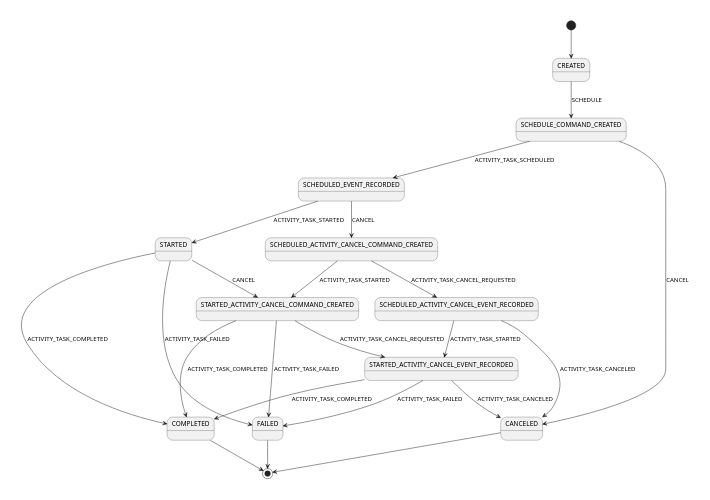
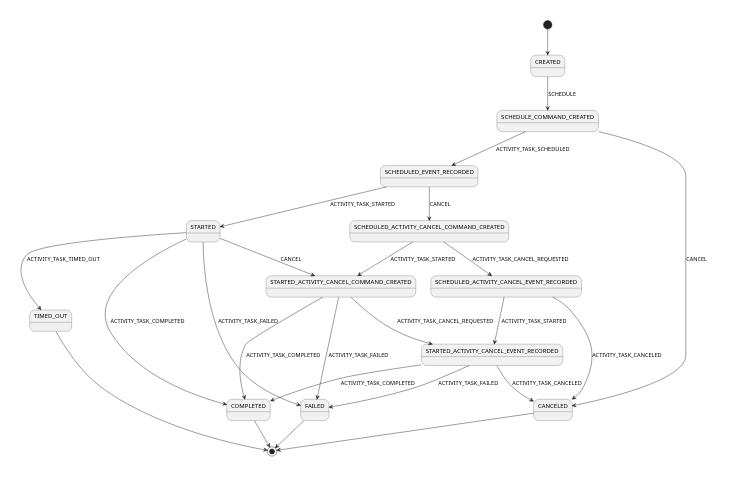
The diagram in src/main/java/io/temporal/internal/csm/ActivityCommands.puml (mfateev/temporal-java-sdk), drawn with PlantUML before and after one commit. The commit also changed 4 other files, not shown here.

```diff
--- a/src/main/java/io/temporal/internal/csm/ActivityCommands.puml
+++ b/src/main/java/io/temporal/internal/csm/ActivityCommands.puml
@@ -21,25 +21,27 @@
 @startuml
 scale 350 width
 [*] --> CREATED
 CREATED --> SCHEDULE_COMMAND_CREATED: SCHEDULE
 SCHEDULE_COMMAND_CREATED --> SCHEDULED_EVENT_RECORDED: ACTIVITY_TASK_SCHEDULED
 SCHEDULE_COMMAND_CREATED --> CANCELED: CANCEL
 SCHEDULED_EVENT_RECORDED --> STARTED: ACTIVITY_TASK_STARTED
 STARTED --> COMPLETED: ACTIVITY_TASK_COMPLETED
 STARTED --> FAILED: ACTIVITY_TASK_FAILED
+STARTED --> TIMED_OUT: ACTIVITY_TASK_TIMED_OUT
 SCHEDULED_EVENT_RECORDED --> SCHEDULED_ACTIVITY_CANCEL_COMMAND_CREATED: CANCEL
 SCHEDULED_ACTIVITY_CANCEL_COMMAND_CREATED --> SCHEDULED_ACTIVITY_CANCEL_EVENT_RECORDED: ACTIVITY_TASK_CANCEL_REQUESTED
 SCHEDULED_ACTIVITY_CANCEL_COMMAND_CREATED --> STARTED_ACTIVITY_CANCEL_COMMAND_CREATED: ACTIVITY_TASK_STARTED
 SCHEDULED_ACTIVITY_CANCEL_EVENT_RECORDED --> CANCELED: ACTIVITY_TASK_CANCELED
 SCHEDULED_ACTIVITY_CANCEL_EVENT_RECORDED --> STARTED_ACTIVITY_CANCEL_EVENT_RECORDED: ACTIVITY_TASK_STARTED
 STARTED_ACTIVITY_CANCEL_COMMAND_CREATED --> STARTED_ACTIVITY_CANCEL_EVENT_RECORDED: ACTIVITY_TASK_CANCEL_REQUESTED
 STARTED --> STARTED_ACTIVITY_CANCEL_COMMAND_CREATED: CANCEL
 STARTED_ACTIVITY_CANCEL_COMMAND_CREATED --> COMPLETED: ACTIVITY_TASK_COMPLETED
 STARTED_ACTIVITY_CANCEL_COMMAND_CREATED --> FAILED: ACTIVITY_TASK_FAILED
 STARTED_ACTIVITY_CANCEL_EVENT_RECORDED --> FAILED: ACTIVITY_TASK_FAILED
 STARTED_ACTIVITY_CANCEL_EVENT_RECORDED --> COMPLETED: ACTIVITY_TASK_COMPLETED
 STARTED_ACTIVITY_CANCEL_EVENT_RECORDED --> CANCELED: ACTIVITY_TASK_CANCELED
 COMPLETED --> [*]
 FAILED --> [*]
+TIMED_OUT --> [*]
 CANCELED --> [*]
 @enduml
```
